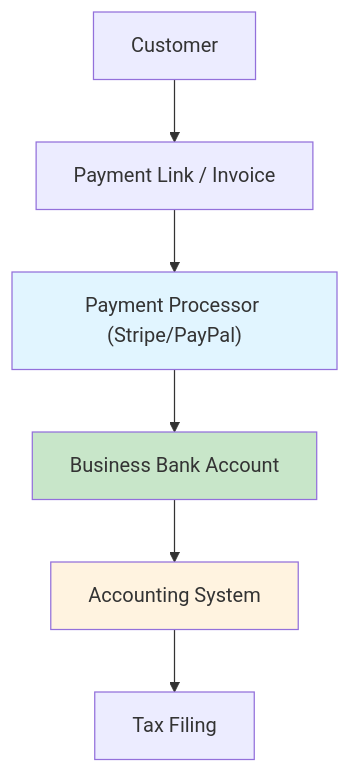
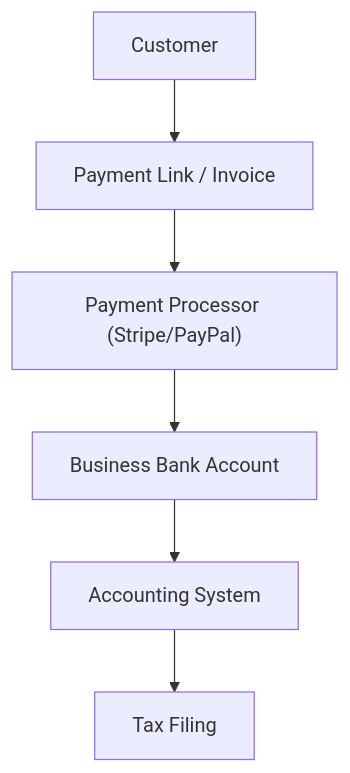
One commit to borealBytes/startup-blueprint changed the diagram in docs/guides/05-financial-tools.md. Above: the diagram before and after it, drawn with Mermaid.

Commit message:
refactor(docs): apply Mermaid style guide to financial tools guide
- Remove custom fill colors from payment flow diagram
- Add accessibility attributes (accTitle/accDescr)
- Use semantic node IDs
- Ensure diagram renders in GitHub dark mode

````diff
--- a/docs/guides/05-financial-tools.md
+++ b/docs/guides/05-financial-tools.md
@@ -29,12 +29,11 @@
 ```mermaid
-graph TD
-    A["Customer"] --> B["Payment Link / Invoice"]
-    B --> C["Payment Processor (Stripe/PayPal)"]
-    C --> D["Business Bank Account"]
-    D --> E["Accounting System"]
-    E --> F["Tax Filing"]
+flowchart TD
+    accTitle: Payment and Accounting Flow
+    accDescr: End-to-end flow from customer payment through processor to bank account, accounting system, and tax filing
 
-    style C fill:#e1f5ff
-    style D fill:#c8e6c9
-    style E fill:#fff3e0
+    customer[Customer] --> payment_link[Payment Link / Invoice]
+    payment_link --> payment_processor["Payment Processor (Stripe/PayPal)"]
+    payment_processor --> business_bank[Business Bank Account]
+    business_bank --> accounting_system[Accounting System]
+    accounting_system --> tax_filing[Tax Filing]
 ```
````
